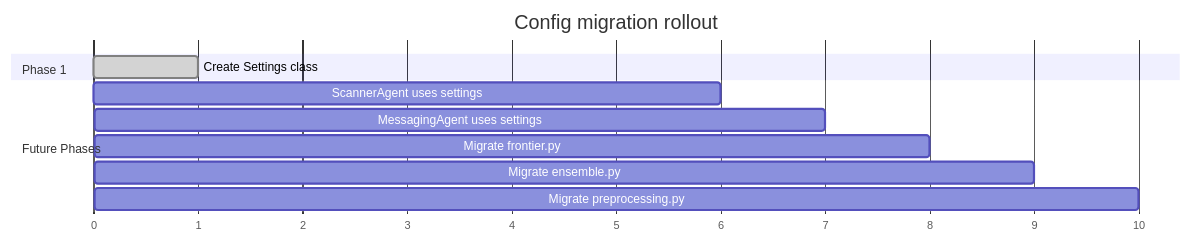
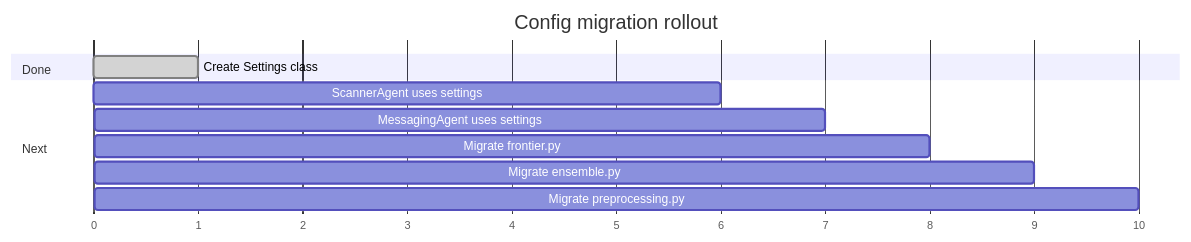
The sixth of 6 diagrams in docs/config_layer_guide.md (vishy04/Deal_hunter), drawn with Mermaid before and after one commit. The commit also changed other lines of this file and 1 other file, not shown here.

Commit message:
docs: reword guides to remove phase and week8 references

````diff
--- a/docs/config_layer_guide.md
+++ b/docs/config_layer_guide.md
@@ -137,16 +137,16 @@
 ```mermaid
 gantt
     title Config migration rollout
     dateFormat X
     axisFormat %s
 
-    section Phase 1
+    section Done
     Create Settings class           :done, 0, 1
 
-    section Future Phases
+    section Next
     ScannerAgent uses settings      :5, 6
     MessagingAgent uses settings    :6, 7
     Migrate frontier.py             :7, 8
     Migrate ensemble.py             :8, 9
     Migrate preprocessing.py        :9, 10
 ```
````
